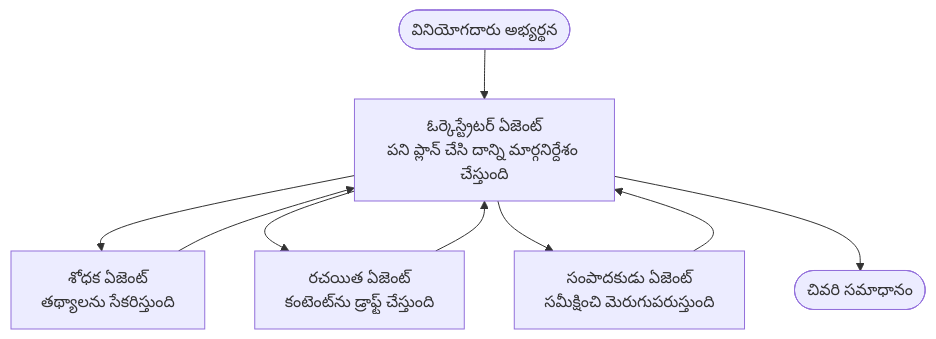
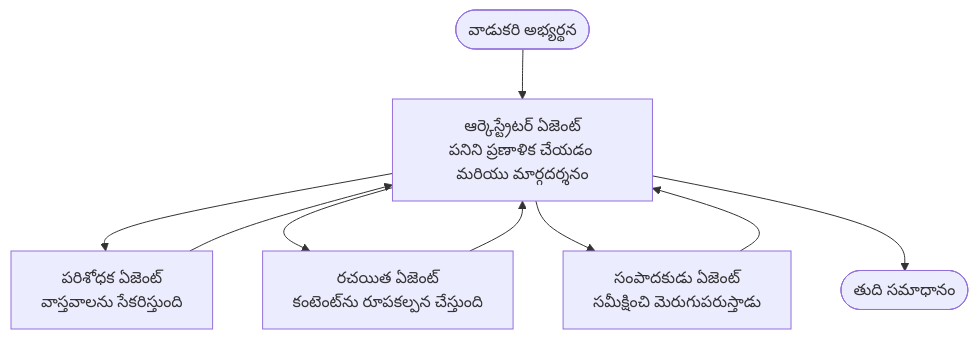
Before and after one commit to microsoft/AZD-for-beginners: the diagram in translations/te/docs/chapter-05-multi-agent/multi-agent-basics.md, drawn with Mermaid. The commit also changed other lines of this file and 59 other files, not shown here.

````diff
--- a/translations/te/docs/chapter-05-multi-agent/multi-agent-basics.md
+++ b/translations/te/docs/chapter-05-multi-agent/multi-agent-basics.md
@@ -43,11 +43,11 @@
 ```mermaid
 graph TD
-    User([వినియోగదారు అభ్యర్థన]) --> Orchestrator[ఓర్కెస్ట్రేటర్ ఏజెంట్<br/>పని ప్లాన్ చేసి దాన్ని మార్గనిర్దేశం చేస్తుంది]
-    Orchestrator --> Researcher[శోధక ఏజెంట్<br/>తథ్యాలను సేకరిస్తుంది]
-    Orchestrator --> Writer[రచయిత ఏజెంట్<br/>కంటెంట్‌ను డ్రాఫ్ట్ చేస్తుంది]
-    Orchestrator --> Editor[సంపాదకుడు ఏజెంట్<br/>సమీక్షించి మెరుగుపరుస్తుంది]
+    User([వాడుకరి అభ్యర్థన]) --> Orchestrator[ఆర్కెస్ట్రేటర్ ఏజెంట్<br/>పనిని ప్రణాళిక చేయడం మరియు మార్గదర్శనం]
+    Orchestrator --> Researcher[పరిశోధక ఏజెంట్<br/>వాస్తవాలను సేకరిస్తుంది]
+    Orchestrator --> Writer[రచయిత ఏజెంట్<br/>కంటెంట్‌ను రూపకల్పన చేస్తుంది]
+    Orchestrator --> Editor[సంపాదకుడు ఏజెంట్<br/>సమీక్షించి మెరుగుపరుస్తాడు]
     Researcher --> Orchestrator
     Writer --> Orchestrator
     Editor --> Orchestrator
-    Orchestrator --> Result([చివరి సమాధానం])
+    Orchestrator --> Result([తుది సమాధానం])
 ```
````
